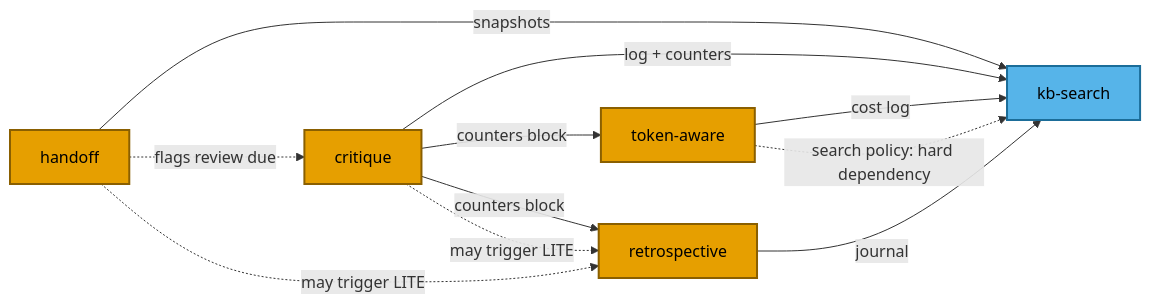
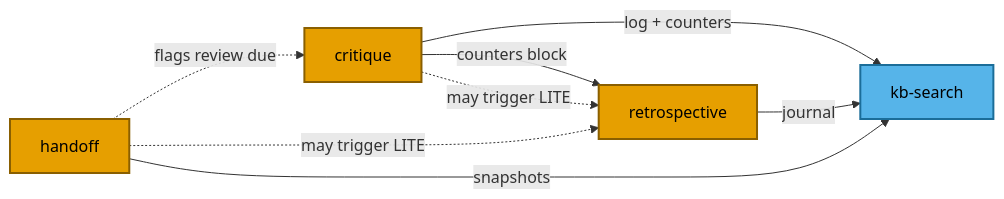
Before and after one commit to AdiMendelowitz/instrumented_skills: the diagram in README.md, drawn with Mermaid. The commit also changed other lines of this file and 596 other files, not shown here.

First line of the commit message:
Remove token-aware and its evaluation package; sync critique, handoff, retrospective, close-session and kb-search to current versions

````diff
--- a/README.md
+++ b/README.md
@@ -42,20 +40,17 @@
 ```mermaid
 flowchart LR
     critique -->|log + counters| kb[kb-search]
     retrospective -->|journal| kb
     handoff -->|snapshots| kb
-    token[token-aware] -->|cost log| kb
 
-    critique -->|counters block| token
     critique -->|counters block| retrospective
 
-    token -.->|search policy: hard dependency| kb
     handoff -.->|flags review due| critique
     critique -.->|may trigger LITE| retrospective
     handoff -.->|may trigger LITE| retrospective
 
     classDef writer fill:#E69F00,stroke:#8a5f00,stroke-width:2px,color:#000
     classDef hub fill:#56B4E9,stroke:#1b6d99,stroke-width:2px,color:#000
-    class critique,retrospective,handoff,token writer
+    class critique,retrospective,handoff writer
     class kb hub
 ```
````
